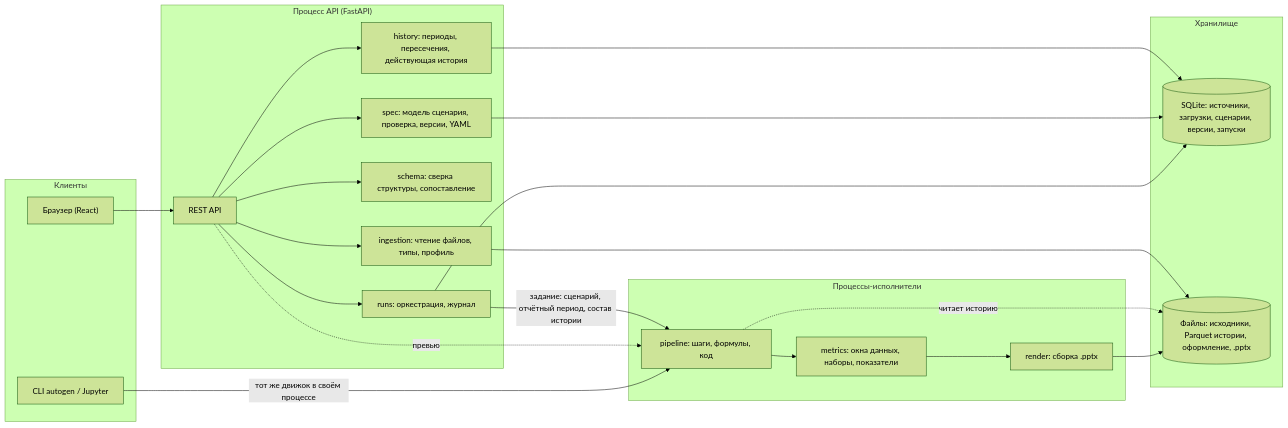
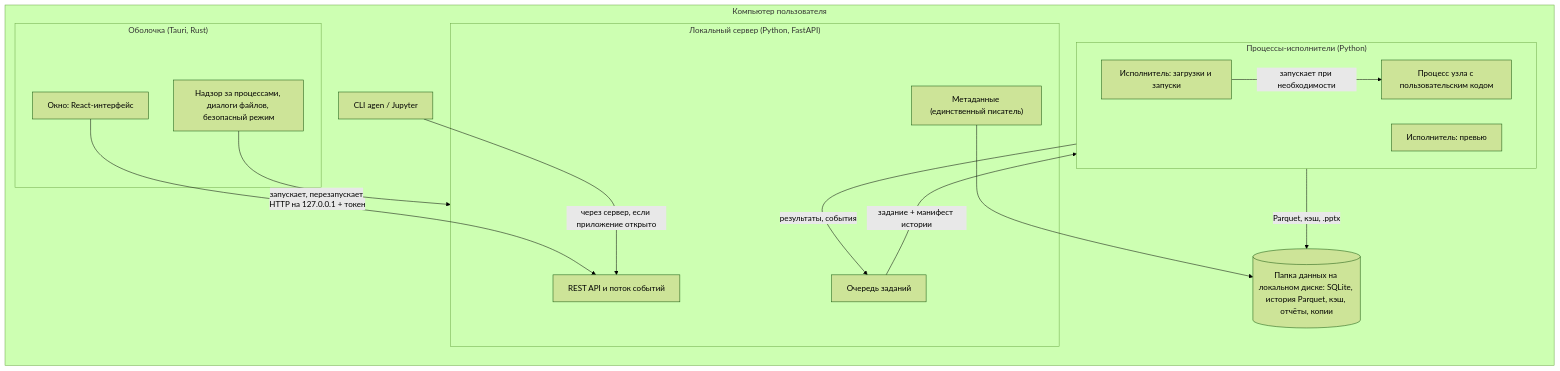
One commit to PrimalSt/Auto_clode changed the first of 4 diagrams in ARCHITECTURE.md. Above: the diagram before and after it, drawn with Mermaid (forest theme). The commit also changed other lines of this file and 1 other file, not shown here.

First line of the commit message:
Revise PRD and architecture to v0.3 after the clarifying answers

````diff
--- a/ARCHITECTURE.md
+++ b/ARCHITECTURE.md
@@ -47,39 +23,30 @@
 ```mermaid
 flowchart LR
-  subgraph Clients["Клиенты"]
-    UI["Браузер (React)"]
-    CLI["CLI autogen / Jupyter"]
+  subgraph PC["Компьютер пользователя"]
+    subgraph Shell["Оболочка (Tauri, Rust)"]
+      WIN["Окно: React-интерфейс"]
+      SUP["Надзор за процессами, диалоги файлов, безопасный режим"]
+    end
+    subgraph Server["Локальный сервер (Python, FastAPI)"]
+      API["REST API и поток событий"]
+      JOBS["Очередь заданий"]
+      STORE["Метаданные (единственный писатель)"]
+    end
+    subgraph Pool["Процессы-исполнители (Python)"]
+      EX1["Исполнитель: загрузки и запуски"]
+      EX2["Исполнитель: превью"]
+      UC["Процесс узла с пользовательским кодом"]
+    end
+    CLI["CLI agen / Jupyter"]
+    DATA[("Папка данных на локальном диске: SQLite, история Parquet, кэш, отчёты, копии")]
   end
 
-  subgraph API["Процесс API (FastAPI)"]
-    R["REST API"]
-    SPEC["spec: модель сценария, проверка, версии, YAML"]
-    ING["ingestion: чтение файлов, типы, профиль"]
-    SCH["schema: сверка структуры, сопоставление"]
-    HIST["history: периоды, пересечения, действующая история"]
-    RUN["runs: оркестрация, журнал"]
-  end
-
-  subgraph EXE["Процессы-исполнители"]
-    PIPE["pipeline: шаги, формулы, код"]
-    MET["metrics: окна данных, наборы, показатели"]
-    REN["render: сборка .pptx"]
-  end
-
-  subgraph Storage["Хранилище"]
-    DB[("SQLite: источники, загрузки, сценарии, версии, запуски")]
-    FS[("Файлы: исходники, Parquet истории, оформление, .pptx")]
-  end
-
-  UI --> R
-  R --> SPEC & ING & SCH & HIST & RUN
-  RUN -- "задание: сценарий, отчётный период, состав истории" --> PIPE
-  R -. превью .-> PIPE
-  PIPE --> MET --> REN
-  CLI -- "тот же движок в своём процессе" --> PIPE
-  ING --> FS
-  HIST --> DB
-  PIPE -. читает историю .-> FS
-  REN --> FS
-  SPEC & RUN --> DB
+  WIN -- "HTTP на 127.0.0.1 + токен" --> API
+  SUP -- "запускает, перезапускает" --> Server
+  JOBS -- "задание + манифест истории" --> Pool
+  EX1 -- "запускает при необходимости" --> UC
+  Pool -- "результаты, события" --> JOBS
+  STORE --> DATA
+  Pool -- "Parquet, кэш, .pptx" --> DATA
+  CLI -- "через сервер, если приложение открыто" --> API
 ```
````
